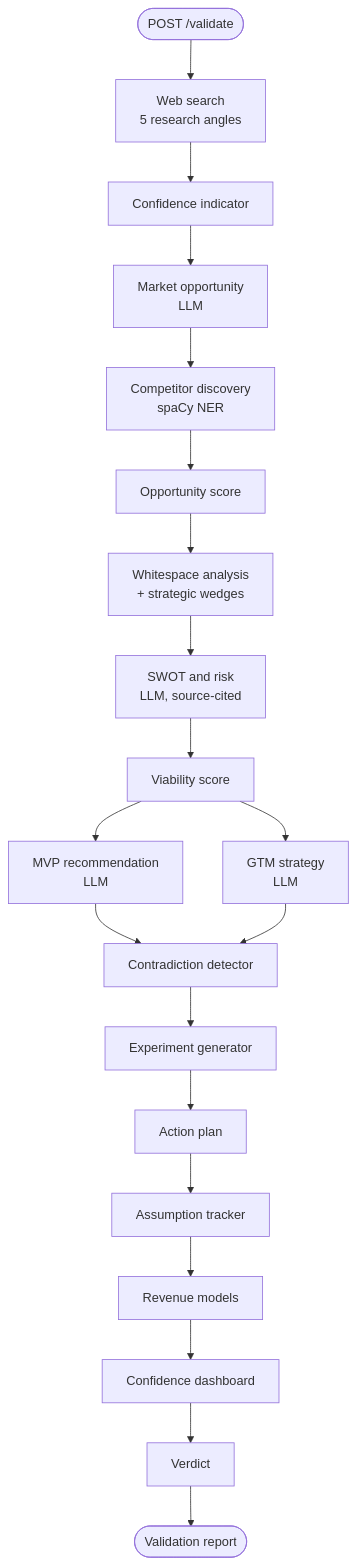
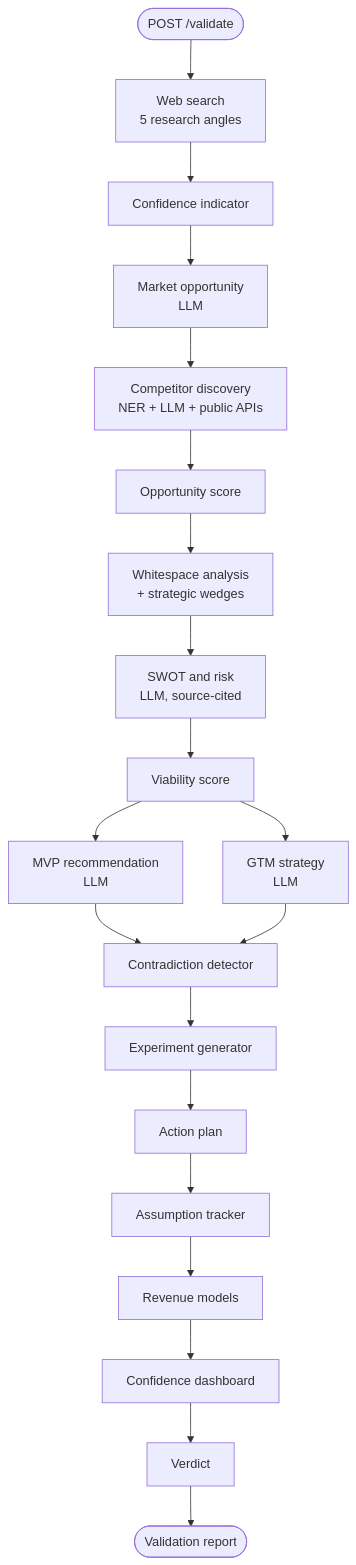
One commit to Yasaswini-ch/Development-of-AI-Based-Startup-Idea-Validator-with-Market-Analysis-Assistance changed the first of 2 diagrams in README.md. Above: the diagram before and after it, drawn with Mermaid. The commit also changed other lines of this file and 26 other files, not shown here.

````diff
--- a/README.md
+++ b/README.md
@@ -106,22 +107,22 @@
 ```mermaid
 flowchart TD
     START([POST /validate]) --> WS[Web search<br/>5 research angles]
     WS --> CI[Confidence indicator]
     CI --> MO[Market opportunity<br/>LLM]
-    MO --> CD[Competitor discovery<br/>spaCy NER]
+    MO --> CD[Competitor discovery<br/>NER + LLM + public APIs]
     CD --> OS[Opportunity score]
     OS --> WSP[Whitespace analysis<br/>+ strategic wedges]
     WSP --> SW[SWOT and risk<br/>LLM, source-cited]
     SW --> VS[Viability score]
     VS --> MVP[MVP recommendation<br/>LLM]
     VS --> GTM[GTM strategy<br/>LLM]
     MVP --> CT[Contradiction detector]
     GTM --> CT
     CT --> EX[Experiment generator]
     EX --> AP[Action plan]
     AP --> AS[Assumption tracker]
     AS --> RV[Revenue models]
     RV --> CF[Confidence dashboard]
     CF --> VD[Verdict]
     VD --> END([Validation report])
 ```
````
